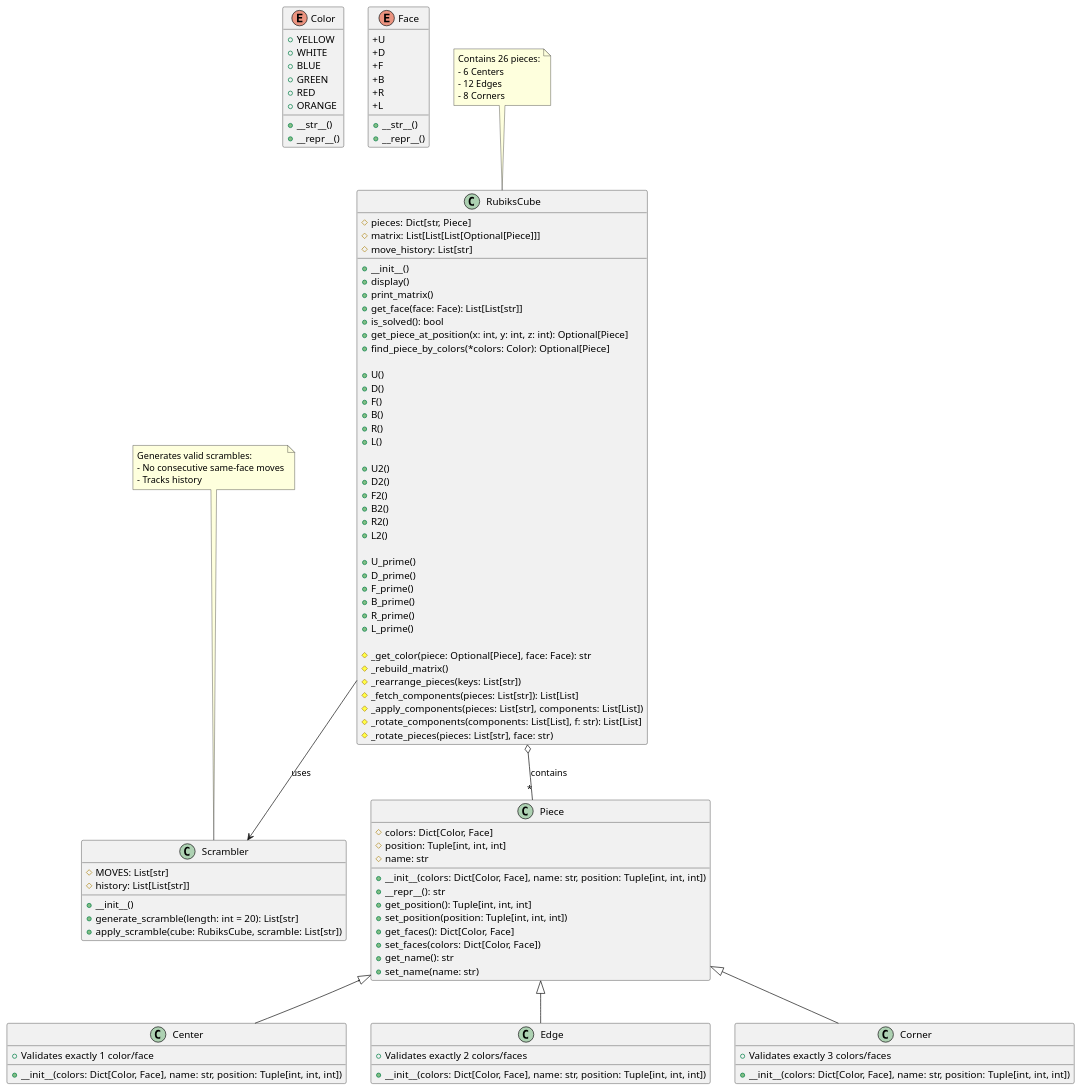
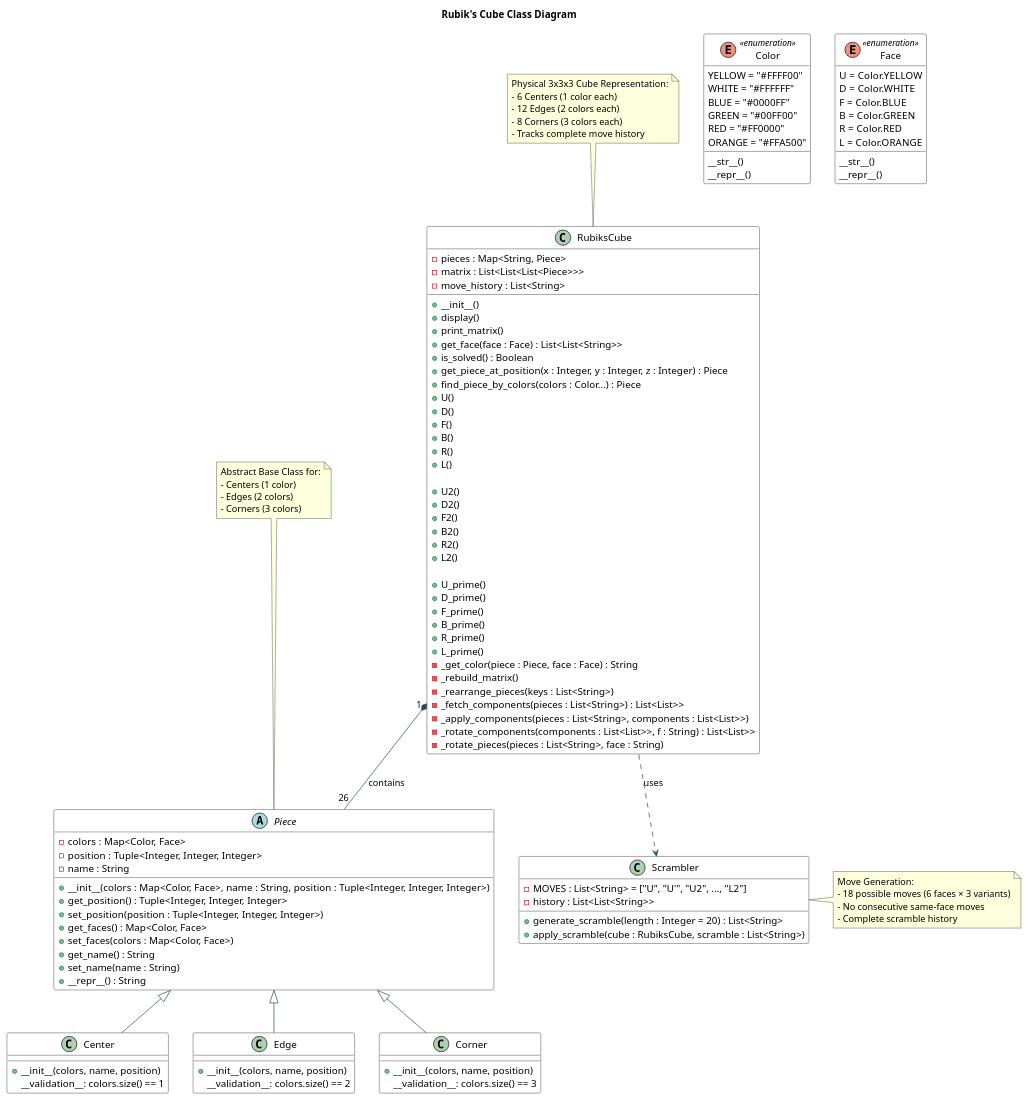
The diagram in uml/rubix_cube.puml (FuriousFire05/rubix-cube-solver), drawn with PlantUML before and after one commit.

Commit message:
Beautified UML

```diff
--- a/uml/rubix_cube.puml
+++ b/uml/rubix_cube.puml
@@ -1,139 +1,156 @@
 @startuml rubix_cube
 
-' Define Color Enum
-enum Color {
-  +YELLOW
-  +WHITE
-  +BLUE
-  +GREEN
-  +RED
-  +ORANGE
-  +__str__()
-  +__repr__()
+skinparam class {
+    BackgroundColor White
+    BorderColor Black
+    ArrowColor #2F495F
+    Shadowing false
 }
 
-' Define Face Enum
-enum Face {
-  +U
-  +D
-  +F
-  +B
-  +R
-  +L
-  +__str__()
-  +__repr__()
+title Rubik's Cube Class Diagram
+
+' Enums with exact values from colors.py and faces.py
+enum Color <<enumeration>> {
+    YELLOW = "#FFFF00"
+    WHITE = "#FFFFFF"
+    BLUE = "#0000FF"
+    GREEN = "#00FF00"
+    RED = "#FF0000"
+    ORANGE = "#FFA500"
+    __str__()
+    __repr__()
 }
 
-' Define Piece Class
-class Piece {
-  #colors: Dict[Color, Face]
-  #position: Tuple[int, int, int]
-  #name: str
-
-  +__init__(colors: Dict[Color, Face], name: str, position: Tuple[int, int, int])
-  +__repr__(): str
-  +get_position(): Tuple[int, int, int]
-  +set_position(position: Tuple[int, int, int])
-  +get_faces(): Dict[Color, Face]
-  +set_faces(colors: Dict[Color, Face])
-  +get_name(): str
-  +set_name(name: str)
+enum Face <<enumeration>> {
+    U = Color.YELLOW
+    D = Color.WHITE
+    F = Color.BLUE
+    B = Color.GREEN
+    R = Color.RED
+    L = Color.ORANGE
+    __str__()
+    __repr__()
 }
 
-' Define Center Class (inherits from Piece)
-class Center {
-  +__init__(colors: Dict[Color, Face], name: str, position: Tuple[int, int, int])
-  +Validates exactly 1 color/face
+' Abstract Piece class with all methods from pieces.py
+abstract class Piece {
+    {field} - colors : Map<Color, Face>
+    {field} - position : Tuple<Integer, Integer, Integer>
+    {field} - name : String
+    
+    {method} + __init__(colors : Map<Color, Face>, name : String, position : Tuple<Integer, Integer, Integer>)
+    {method} + get_position() : Tuple<Integer, Integer, Integer>
+    {method} + set_position(position : Tuple<Integer, Integer, Integer>)
+    {method} + get_faces() : Map<Color, Face>
+    {method} + set_faces(colors : Map<Color, Face>)
+    {method} + get_name() : String
+    {method} + set_name(name : String)
+    {method} + __repr__() : String
 }
 
-' Define Edge Class (inherits from Piece)
-class Edge {
-  +__init__(colors: Dict[Color, Face], name: str, position: Tuple[int, int, int])
-  +Validates exactly 2 colors/faces
+' Concrete Piece implementations with validation
+class Center {
+    {method} + __init__(colors, name, position)
+    __validation__: colors.size() == 1
 }
 
-' Define Corner Class (inherits from Piece)
-class Corner {
-  +__init__(colors: Dict[Color, Face], name: str, position: Tuple[int, int, int])
-  +Validates exactly 3 colors/faces
+class Edge {
+    {method} + __init__(colors, name, position)
+    __validation__: colors.size() == 2
 }
 
-' Define Cube Class
-class RubiksCube {
-  #pieces: Dict[str, Piece]
-  #matrix: List[List[List[Optional[Piece]]]
-  #move_history: List[str]
-
-  +__init__()
-  +display()
-  +print_matrix()
-  +get_face(face: Face): List[List[str]]
-  +is_solved(): bool
-  +get_piece_at_position(x: int, y: int, z: int): Optional[Piece]
-  +find_piece_by_colors(*colors: Color): Optional[Piece]
-  
-  ' Basic moves
-  +U()
-  +D()
-  +F()
-  +B()
-  +R()
-  +L()
-  
-  ' Double moves
-  +U2()
-  +D2()
-  +F2()
-  +B2()
-  +R2()
-  +L2()
-  
-  ' Prime moves
-  +U_prime()
-  +D_prime()
-  +F_prime()
-  +B_prime()
-  +R_prime()
-  +L_prime()
-
-  ' Protected methods
-  #_get_color(piece: Optional[Piece], face: Face): str
-  #_rebuild_matrix()
-  #_rearrange_pieces(keys: List[str])
-  #_fetch_components(pieces: List[str]): List[List]
-  #_apply_components(pieces: List[str], components: List[List])
-  #_rotate_components(components: List[List], f: str): List[List]
-  #_rotate_pieces(pieces: List[str], face: str)
+class Corner {
+    {method} + __init__(colors, name, position)
+    __validation__: colors.size() == 3
 }
 
-' Define Scrambler Class
-class Scrambler {
-  #MOVES: List[str]
-  #history: List[List[str]]
+' Main Cube class with exact methods from cube.py
+class RubiksCube {
+    {field} - pieces : Map<String, Piece>
+    {field} - matrix : List<List<List<Piece>>>
+    {field} - move_history : List<String>
+    
+    {method} + __init__()
+    {method} + display()
+    {method} + print_matrix()
+    {method} + get_face(face : Face) : List<List<String>>
+    {method} + is_solved() : Boolean
+    {method} + get_piece_at_position(x : Integer, y : Integer, z : Integer) : Piece
+    {method} + find_piece_by_colors(colors : Color...) : Piece
+    
+    ' Rotation methods grouped by type
+        
+    {method} + U()
+    {method} + D()
+    {method} + F()
+    {method} + B()
+    {method} + R()
+    {method} + L()
+    
+    {method} + U2()
+    {method} + D2()
+    {method} + F2()
+    {method} + B2()
+    {method} + R2()
+    {method} + L2()
+    
+    {method} + U_prime()
+    {method} + D_prime()
+    {method} + F_prime()
+    {method} + B_prime()
+    {method} + R_prime()
+    {method} + L_prime()
+    
+    ' Internal methods from cube.py
 
-  +__init__()
-  +generate_scramble(length: int = 20): List[str]
-  +apply_scramble(cube: RubiksCube, scramble: List[str])
+    {method} - _get_color(piece : Piece, face : Face) : String
+    {method} - _rebuild_matrix()
+    {method} - _rearrange_pieces(keys : List<String>)
+    {method} - _fetch_components(pieces : List<String>) : List<List>>
+    {method} - _apply_components(pieces : List<String>, components : List<List>>)
+    {method} - _rotate_components(components : List<List>>, f : String) : List<List>>
+    {method} - _rotate_pieces(pieces : List<String>, face : String)
 }
 
-' Define relationships between classes
+' Scrambler class from scramble.py
+class Scrambler {
+    {field} - MOVES : List<String> = ["U", "U'", "U2", ..., "L2"]
+    {field} - history : List<List<String>>
+    
+    {method} + generate_scramble(length : Integer = 20) : List<String>
+    {method} + apply_scramble(cube : RubiksCube, scramble : List<String>)
+}
+
+' Inheritance relationships
 Piece <|-- Center
 Piece <|-- Edge
 Piece <|-- Corner
-RubiksCube o-- "*" Piece : contains
-RubiksCube --> Scrambler : uses
 
+' Composition/Usage relationships
+RubiksCube "1" *-- "26" Piece : contains
+RubiksCube ..> Scrambler : uses
+
+' Documentation notes
 note top of RubiksCube
-  Contains 26 pieces:
-  - 6 Centers
-  - 12 Edges
-  - 8 Corners
+  Physical 3x3x3 Cube Representation:
+  - 6 Centers (1 color each)
+  - 12 Edges (2 colors each)
+  - 8 Corners (3 colors each)
+  - Tracks complete move history
 end note
 
-note top of Scrambler
-  Generates valid scrambles:
+note right of Scrambler
+  Move Generation:
+  - 18 possible moves (6 faces × 3 variants)
   - No consecutive same-face moves
-  - Tracks history
+  - Complete scramble history
+end note
+
+note top of Piece
+  Abstract Base Class for:
+  - Centers (1 color)
+  - Edges (2 colors)
+  - Corners (3 colors)
 end note
 
 @enduml
```
